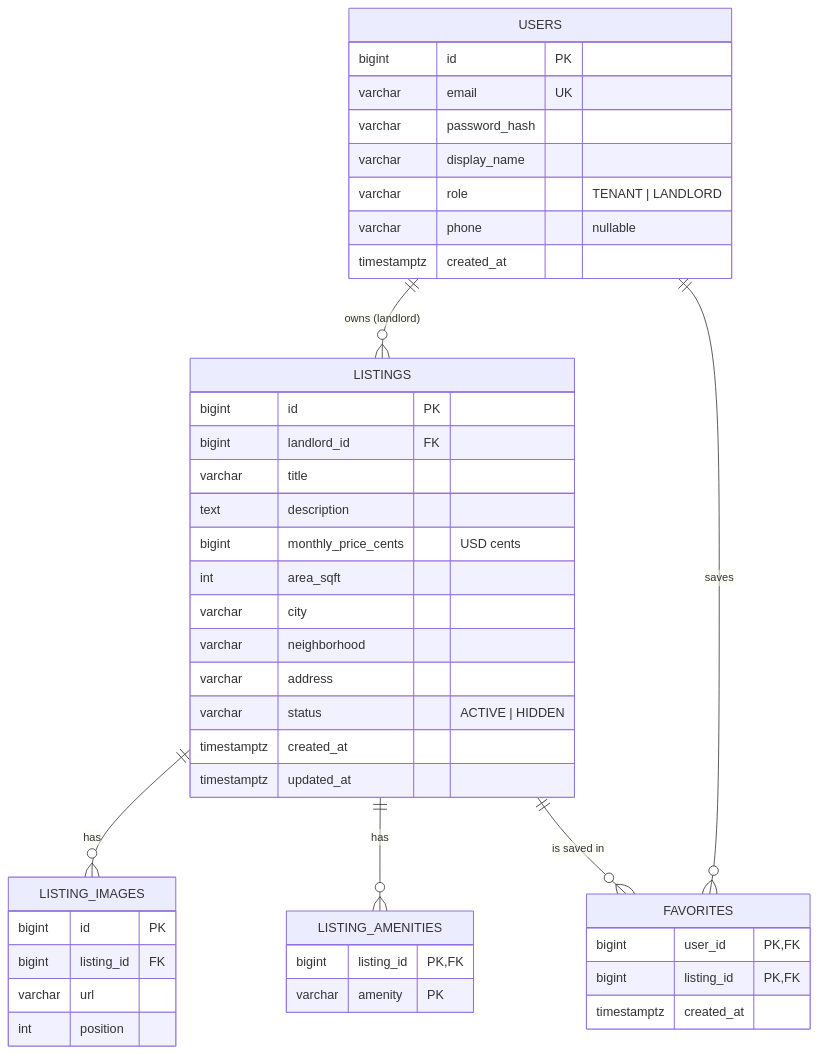
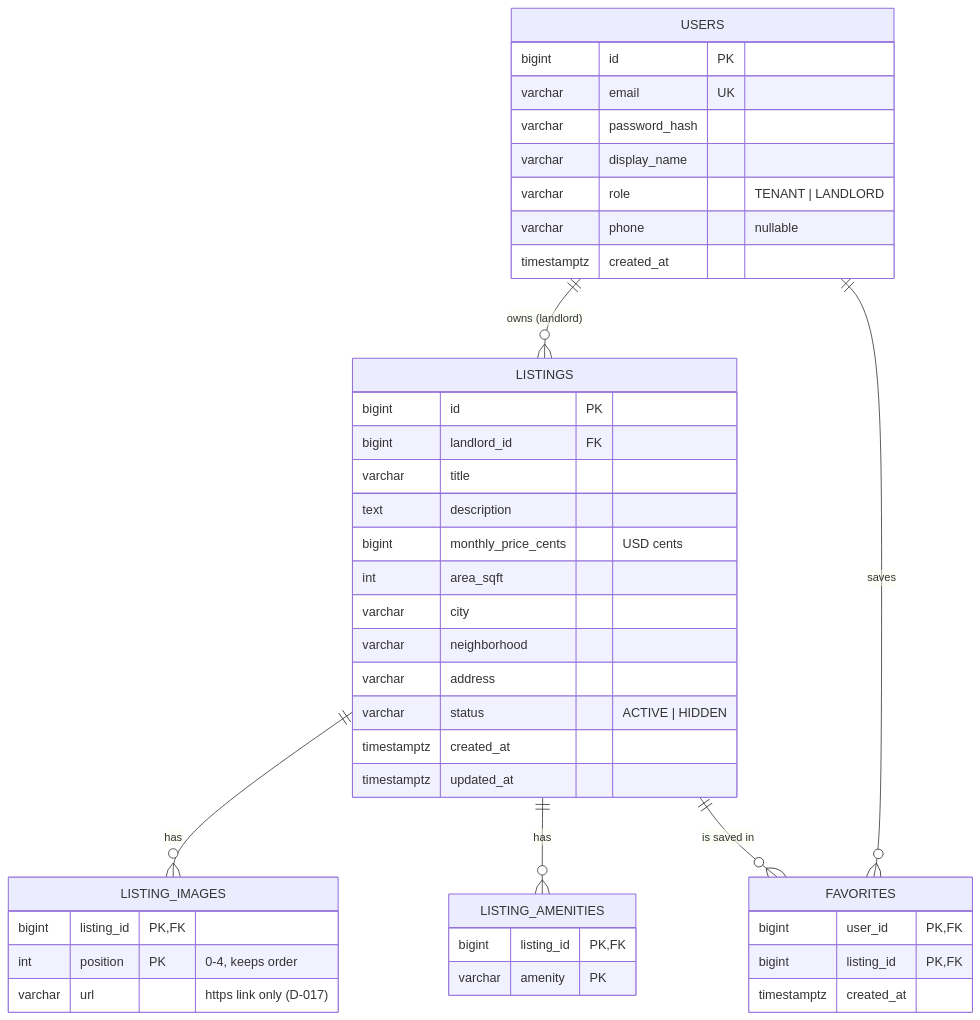
Before and after one commit to lamkhai0604/finding-house: the second of 4 diagrams in docs/ARCHITECTURE.md, drawn with Mermaid. The commit also changed other lines of this file and 4 other files, not shown here.

````diff
--- a/docs/ARCHITECTURE.md
+++ b/docs/ARCHITECTURE.md
@@ -59,47 +59,46 @@
 ```mermaid
 erDiagram
     USERS ||--o{ LISTINGS : "owns (landlord)"
     LISTINGS ||--o{ LISTING_IMAGES : has
     LISTINGS ||--o{ LISTING_AMENITIES : has
     USERS ||--o{ FAVORITES : saves
     LISTINGS ||--o{ FAVORITES : "is saved in"
 
     USERS {
         bigint id PK
         varchar email UK
         varchar password_hash
         varchar display_name
         varchar role "TENANT | LANDLORD"
         varchar phone "nullable"
         timestamptz created_at
     }
     LISTINGS {
         bigint id PK
         bigint landlord_id FK
         varchar title
         text description
         bigint monthly_price_cents "USD cents"
         int area_sqft
         varchar city
         varchar neighborhood
         varchar address
         varchar status "ACTIVE | HIDDEN"
         timestamptz created_at
         timestamptz updated_at
     }
     LISTING_IMAGES {
-        bigint id PK
-        bigint listing_id FK
-        varchar url
-        int position
+        bigint listing_id PK, FK
+        int position PK "0-4, keeps order"
+        varchar url "https link only (D-017)"
     }
     LISTING_AMENITIES {
         bigint listing_id PK, FK
         varchar amenity PK
     }
     FAVORITES {
         bigint user_id PK, FK
         bigint listing_id PK, FK
         timestamptz created_at
     }
 ```
````
